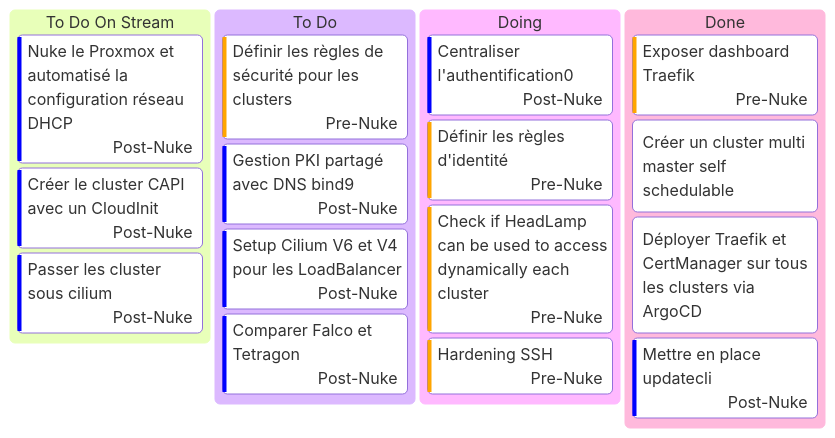
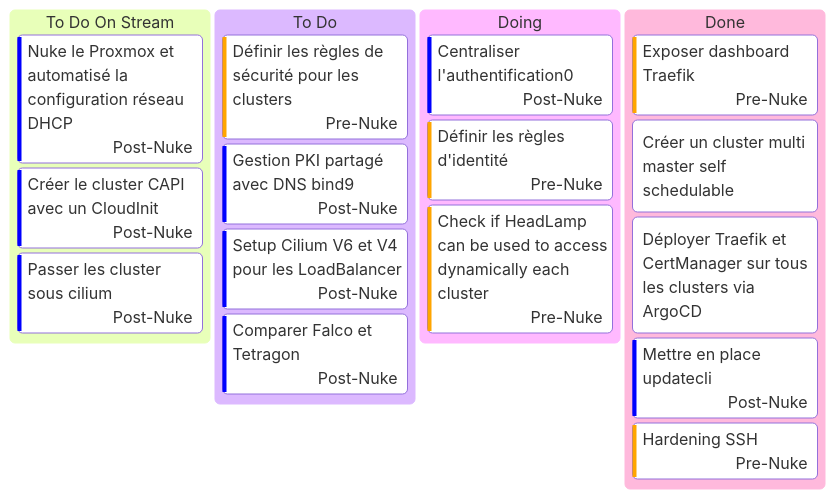
One commit to batleforc/weebo-si changed the diagram in 0.docs/0.introduction/kanban.md. Above: the diagram before and after it, drawn with Mermaid. The commit also changed other lines of this file and 4 other files, not shown here.

Commit message:
feat: Hardening SSH

````diff
--- a/0.docs/0.introduction/kanban.md
+++ b/0.docs/0.introduction/kanban.md
@@ -3,28 +3,28 @@
 ```mermaid
 ---
 config:
   kanban:
     ticketBaseUrl: 'https://github.com/batleforc/weebo-si/issue/#TICKET#'
 ---
 
 kanban
   todoS[To Do On Stream]
     us4[Nuke le Proxmox et automatisé la configuration réseau DHCP]@{ assigned: Post-Nuke, priority: 'Low'}
     us5[Créer le cluster CAPI avec un CloudInit]@{ assigned: Post-Nuke, priority: 'Low'}
     us6[Passer les cluster sous cilium]@{ assigned: Post-Nuke, priority: 'Low'}
   todo[To Do]
     us3[Définir les règles de sécurité pour les clusters]@{ assigned: Pre-Nuke, priority: 'High'}
     us7[Gestion PKI partagé avec DNS bind9]@{ assigned: Post-Nuke, priority: 'Low'}
     use10[Setup Cilium V6 et V4 pour les LoadBalancer]@{ assigned: Post-Nuke, priority: 'Low'}
     us11[Comparer Falco et Tetragon]@{ assigned: Post-Nuke, priority: 'Low'}
   doing[Doing]
     use12[Centraliser l'authentification0]@{ assigned: Post-Nuke, priority: 'Low'}
     us8[Définir les règles d'identité]@{ assigned: Pre-Nuke, priority: 'High'}
     use8[Check if HeadLamp can be used to access dynamically each cluster]@{ assigned: Pre-Nuke, priority: 'High'}
-    us13[Hardening SSH]@{ assigned: Pre-Nuke, priority: 'High'}
   done[Done]
     us7[Exposer dashboard Traefik]@{ assigned: Pre-Nuke, priority: 'High'}
     us1[Créer un cluster multi master self schedulable]
     us2[Déployer Traefik et CertManager sur tous les clusters via ArgoCD]
     us9[Mettre en place updatecli]@{ assigned: Post-Nuke, priority: 'Low'}
+    us13[Hardening SSH]@{ assigned: Pre-Nuke, priority: 'High'}
 ```
````
